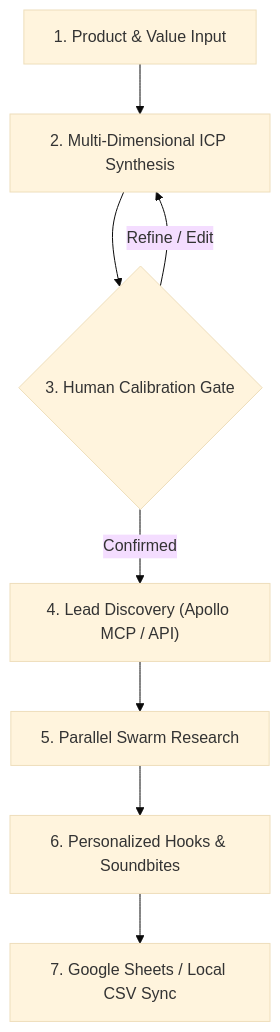
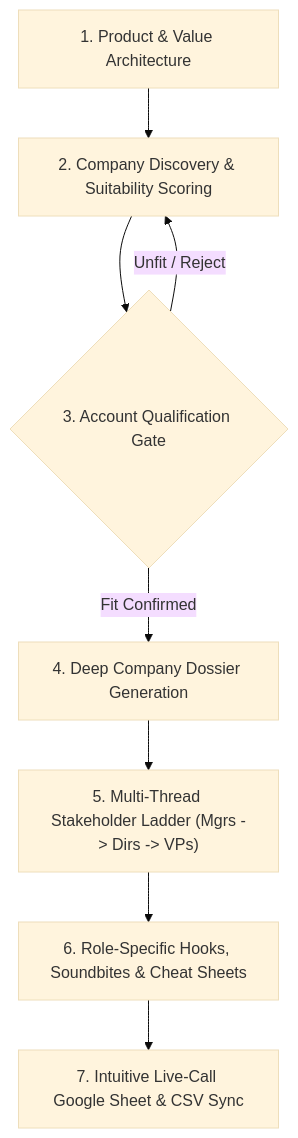
One commit to chandanonquest/multithread-prospector changed the diagram in README.md. Above: the diagram before and after it, drawn with Mermaid (base theme). The commit also changed other lines of this file and 12 other files, not shown here.

Commit message:
feat: refactor pipeline to account-first suitability and multi-thread stakeholder ladder

````diff
--- a/README.md
+++ b/README.md
@@ -5,10 +5,10 @@
 ```mermaid
 flowchart TD
-    A["1. Product & Value Input"] --> B["2. Multi-Dimensional ICP Synthesis"]
-    B --> C{"3. Human Calibration Gate"}
-    C -->|Confirmed| D["4. Lead Discovery (Apollo MCP / API)"]
-    C -->|Refine / Edit| B
-    D --> E["5. Parallel Swarm Research"]
-    E --> F["6. Personalized Hooks & Soundbites"]
-    F --> G["7. Google Sheets / Local CSV Sync"]
+    A["1. Product & Value Architecture"] --> B["2. Company Discovery & Suitability Scoring"]
+    B --> C{"3. Account Qualification Gate"}
+    C -->|Fit Confirmed| D["4. Deep Company Dossier Generation"]
+    C -->|Unfit / Reject| B
+    D --> E["5. Multi-Thread Stakeholder Ladder (Mgrs -> Dirs -> VPs)"]
+    E --> F["6. Role-Specific Hooks, Soundbites & Cheat Sheets"]
+    F --> G["7. Intuitive Live-Call Google Sheet & CSV Sync"]
 ```
````
